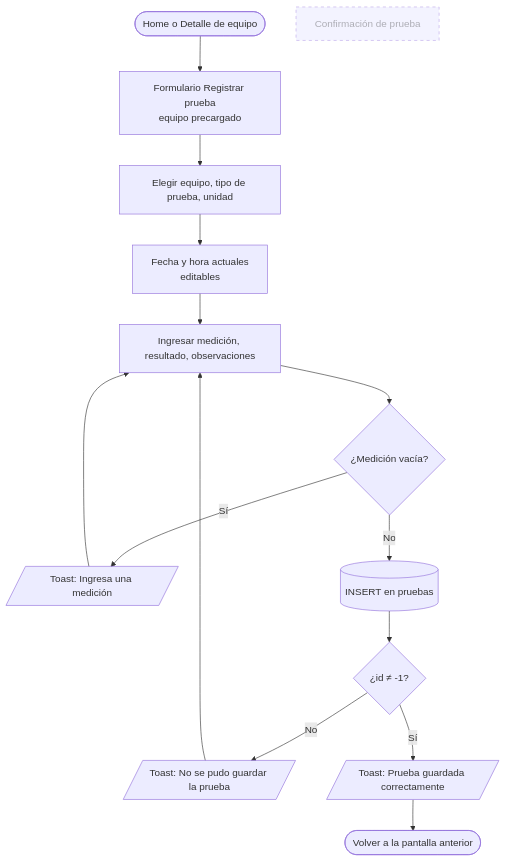
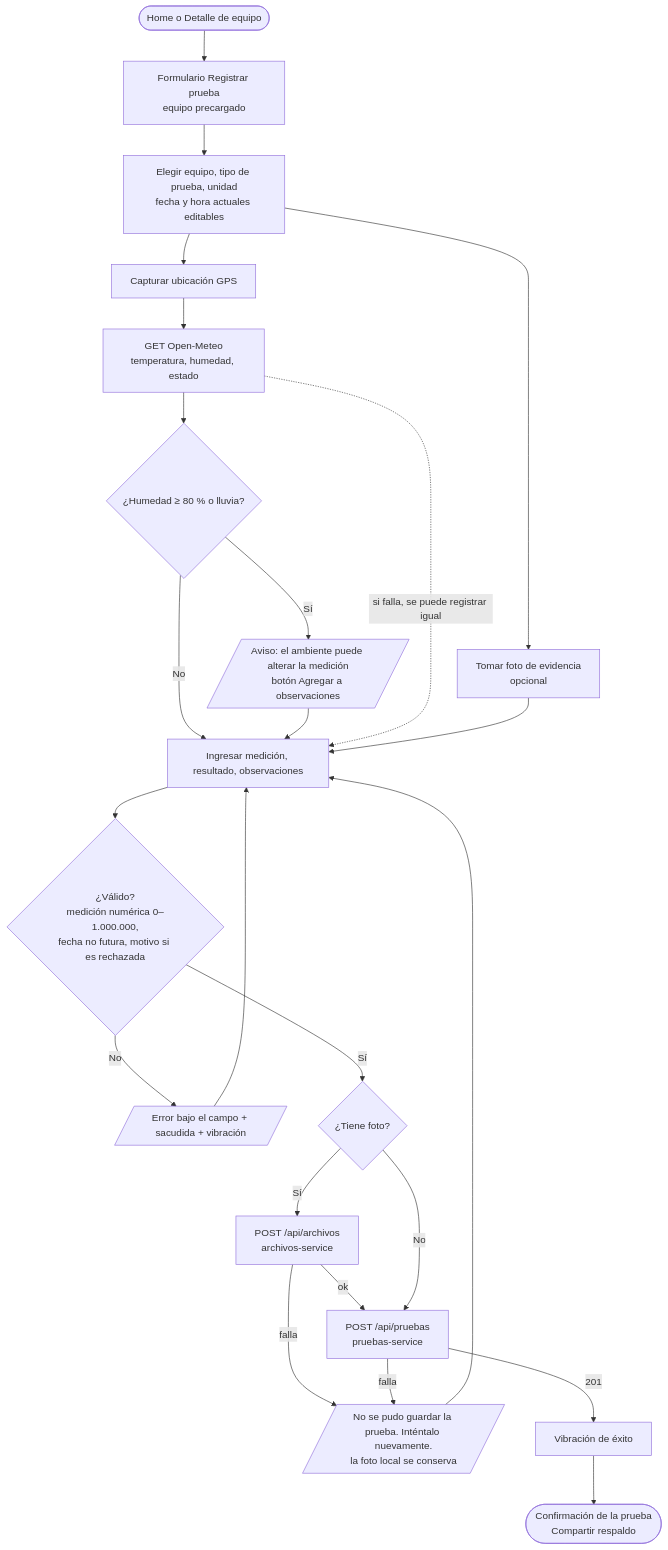
One commit to Simon2853/Electra changed the fourth of 8 diagrams in PROCESO.md. Above: the diagram before and after it, drawn with Mermaid. The commit also changed other lines of this file and 2 other files, not shown here.

Commit message:
feat: actualizar la documentación de la app a los microservicios, Retrofit, Open-Meteo, Splash y pruebas unitarias

````diff
--- a/PROCESO.md
+++ b/PROCESO.md
@@ -75,15 +79,23 @@
 ```mermaid
 flowchart TD
     O([Home o Detalle de equipo]) --> RP[Formulario Registrar prueba<br/>equipo precargado]
-    RP --> D1[Elegir equipo, tipo de prueba, unidad]
-    D1 --> D2[Fecha y hora actuales<br/>editables]
-    D2 --> D3[Ingresar medición, resultado, observaciones]
-    D3 --> V{¿Medición vacía?}
-    V -- Sí --> T1[/"Toast: Ingresa una medición"/] --> D3
-    V -- No --> INS[(INSERT en pruebas)]
-    INS --> OK{¿id ≠ -1?}
-    OK -- No --> T2[/"Toast: No se pudo guardar la prueba"/] --> D3
-    OK -- Sí --> T3[/"Toast: Prueba guardada correctamente"/] --> BACK([Volver a la pantalla anterior])
-    CP[Confirmación de prueba]:::na
-    classDef na stroke-dasharray: 5 5,opacity:0.6
+    RP --> D1[Elegir equipo, tipo de prueba, unidad<br/>fecha y hora actuales editables]
+    D1 --> FOTO[Tomar foto de evidencia<br/>opcional]
+    D1 --> GPS[Capturar ubicación GPS]
+    GPS --> CLI[GET Open-Meteo<br/>temperatura, humedad, estado]
+    CLI --> ADV{"¿Humedad ≥ 80 % o lluvia?"}
+    ADV -- Sí --> AV[/Aviso: el ambiente puede alterar la medición<br/>botón Agregar a observaciones/]
+    ADV -- No --> D3
+    AV --> D3
+    CLI -. "si falla, se puede registrar igual" .-> D3
+    FOTO --> D3[Ingresar medición, resultado, observaciones]
+    D3 --> V{"¿Válido?<br/>medición numérica 0–1.000.000,<br/>fecha no futura, motivo si es rechazada"}
+    V -- No --> T1[/Error bajo el campo + sacudida + vibración/] --> D3
+    V -- Sí --> UP{¿Tiene foto?}
+    UP -- Sí --> SUB[POST /api/archivos<br/>archivos-service]
+    SUB -- falla --> T2[/"No se pudo guardar la prueba. Inténtalo nuevamente."<br/>la foto local se conserva/] --> D3
+    SUB -- ok --> INS
+    UP -- No --> INS[POST /api/pruebas<br/>pruebas-service]
+    INS -- falla --> T2
+    INS -- 201 --> OK[Vibración de éxito] --> CP([Confirmación de la prueba<br/>Compartir respaldo])
 ```
````
